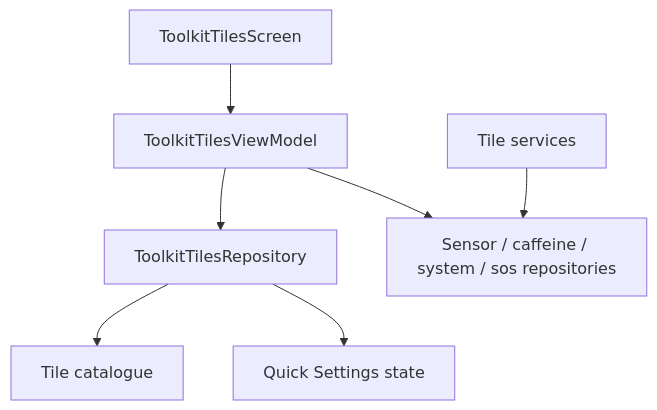
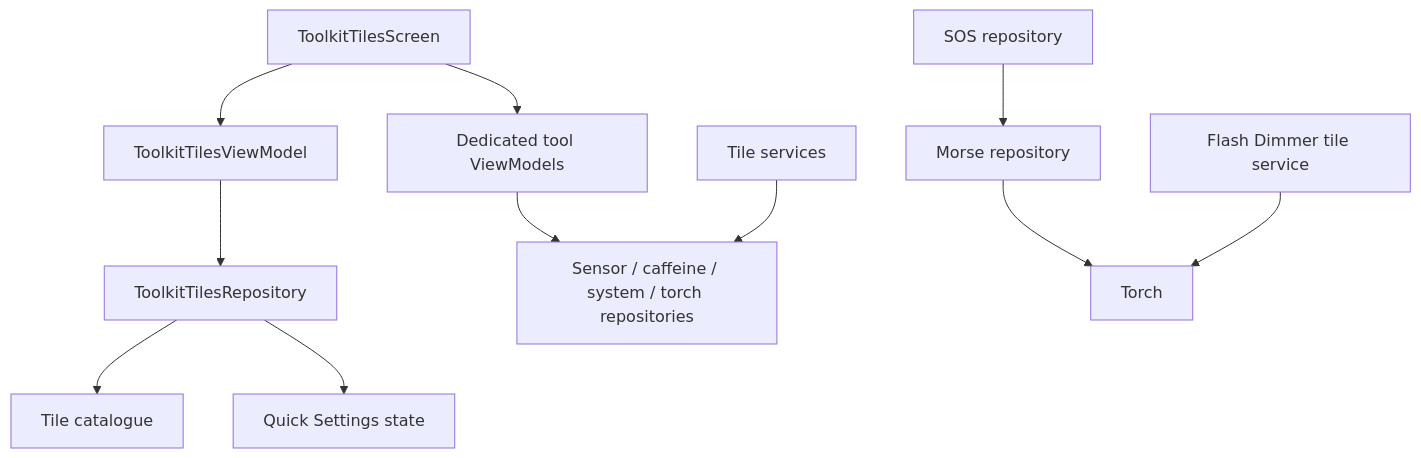
The diagram in sample/feature/tiles/README.md (MihaiCristianCondrea/App-Toolkit-for-Android), drawn with Mermaid before and after one commit. The commit also changed other lines of this file and 79 other files, not shown here.

````diff
--- a/sample/feature/tiles/README.md
+++ b/sample/feature/tiles/README.md
@@ -37,9 +38,13 @@
 ```mermaid
 flowchart TD
     Screen[ToolkitTilesScreen] --> VM[ToolkitTilesViewModel]
     VM --> Tiles[ToolkitTilesRepository]
     Tiles --> Catalogue[Tile catalogue]
     Tiles --> QS[Quick Settings state]
-    VM --> Platform[Sensor / caffeine / system / sos repositories]
+    ToolVMs[Dedicated tool ViewModels] --> Platform[Sensor / caffeine / system / torch repositories]
+    Screen --> ToolVMs
+    Sos[SOS repository] --> Morse[Morse repository]
+    Morse --> Torch
+    Dimmer[Flash Dimmer tile service] --> Torch
     Services[Tile services] --> Platform
 ```
````
